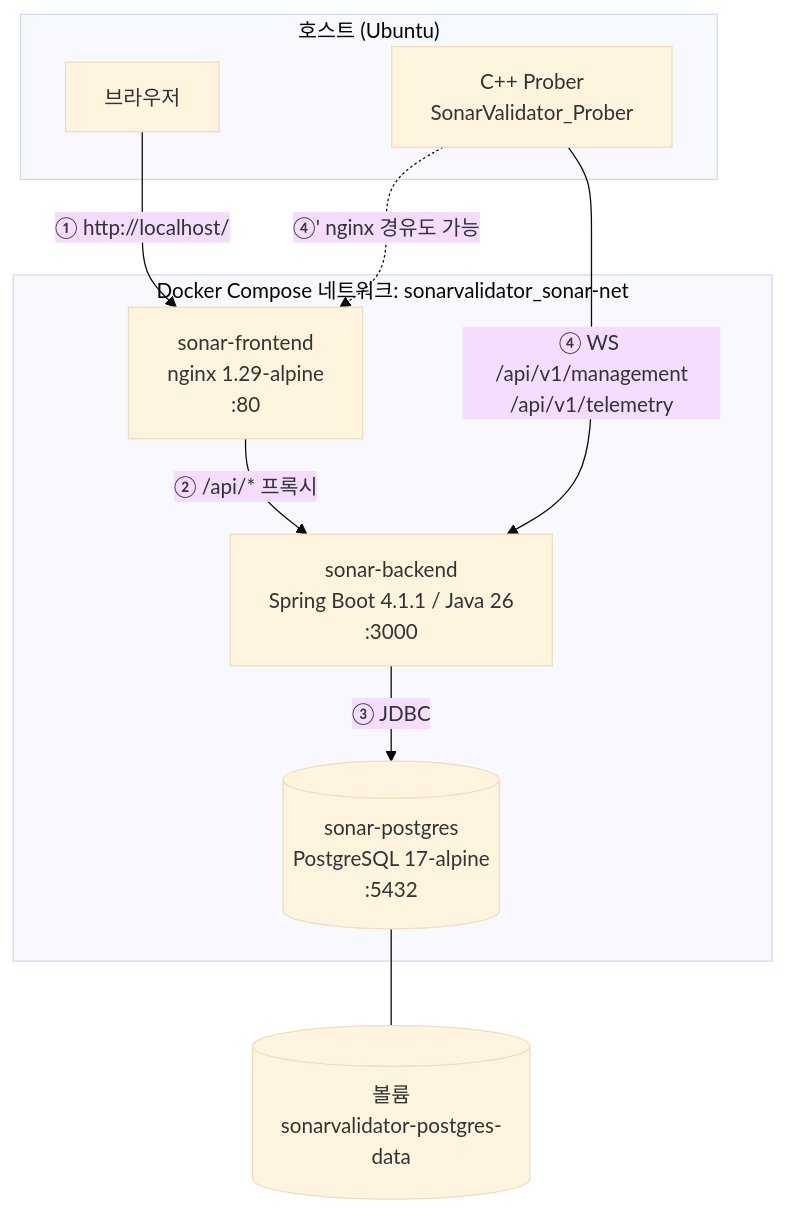
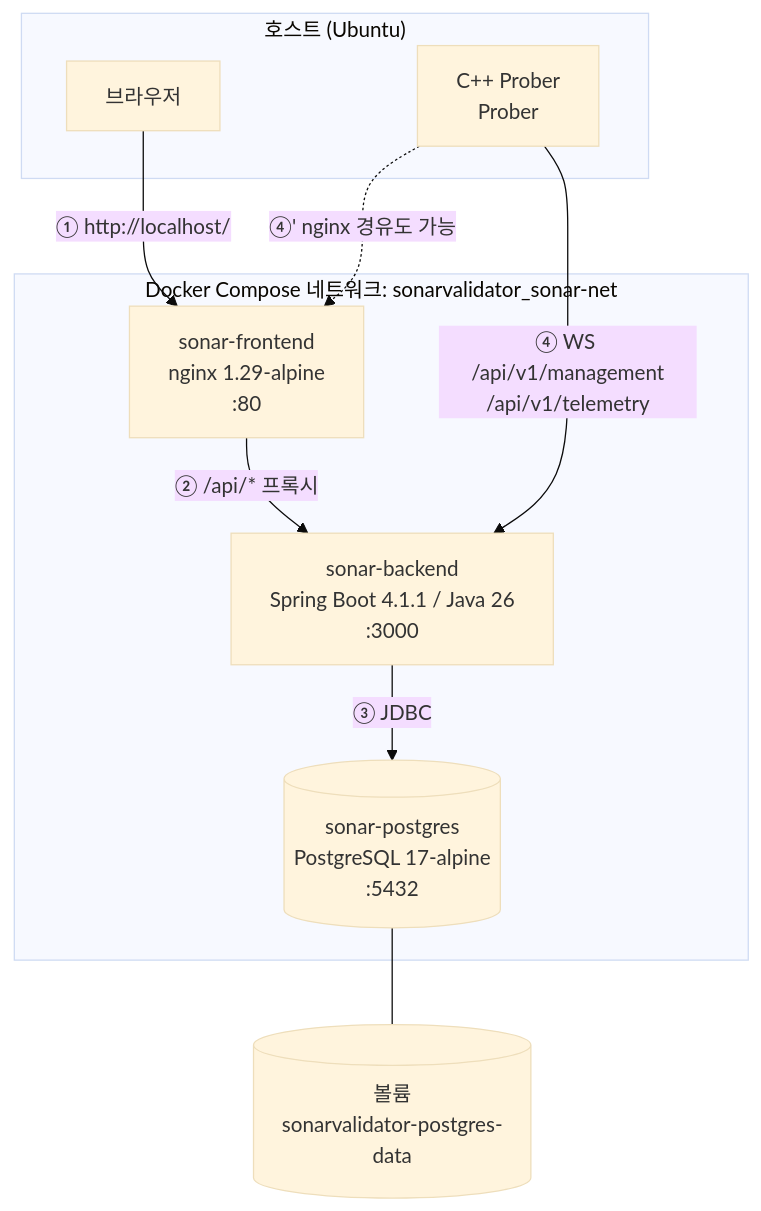
One commit to wayfarer6/SonarValidator changed the diagram in docs/docs/Docker Deployment/Docker-Compose-구조.md. Above: the diagram before and after it, drawn with Mermaid (base theme). The commit also changed other lines of this file and 220 other files, not shown here.

````diff
--- a/docs/docs/Docker Deployment/Docker-Compose-구조.md
+++ b/docs/docs/Docker Deployment/Docker-Compose-구조.md
@@ -113,22 +113,22 @@
 ```mermaid
 graph TB
     subgraph host["호스트 (Ubuntu)"]
         B["브라우저"]
-        P["C++ Prober<br/>SonarValidator_Prober"]
+        P["C++ Prober<br/>Prober"]
     end
 
     subgraph compose["Docker Compose 네트워크: sonarvalidator_sonar-net"]
         FE["sonar-frontend<br/>nginx 1.29-alpine<br/>:80"]
         BE["sonar-backend<br/>Spring Boot 4.1.1 / Java 26<br/>:3000"]
         DB[("sonar-postgres<br/>PostgreSQL 17-alpine<br/>:5432")]
     end
 
     V[("볼륨<br/>sonarvalidator-postgres-data")]
 
     B -->|"① http://localhost/"| FE
     FE -->|"② /api/* 프록시"| BE
     BE -->|"③ JDBC"| DB
     DB --- V
     P -->|"④ WS /api/v1/management<br/>/api/v1/telemetry"| BE
     P -.->|"④' nginx 경유도 가능"| FE
 ```
````
